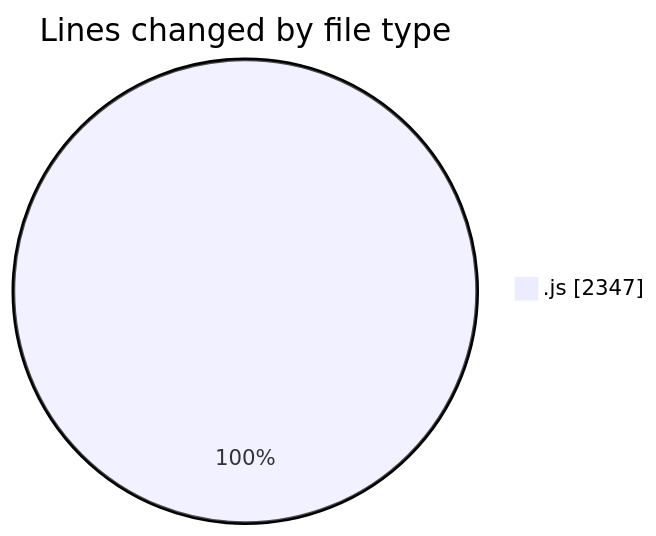
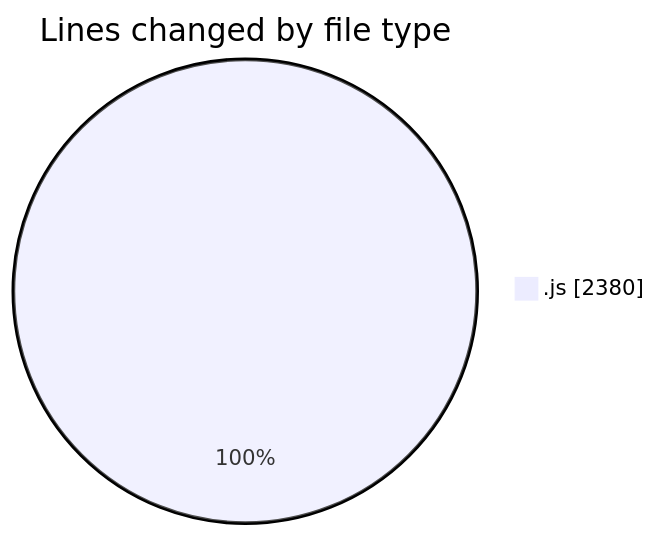
Before and after one commit to nxtqubesakshisongat/code-tracking: the first of 2 diagrams in 2026-01-04/nxtqube_webapp/README.md, drawn with Mermaid. The commit also changed other lines of this file and 1 other file, not shown here.

````diff
--- a/2026-01-04/nxtqube_webapp/README.md
+++ b/2026-01-04/nxtqube_webapp/README.md
@@ -20,5 +20,5 @@
 ```mermaid
 pie showData
 title Lines changed by file type
-".js" : 2347
+".js" : 2380
 ```
````
